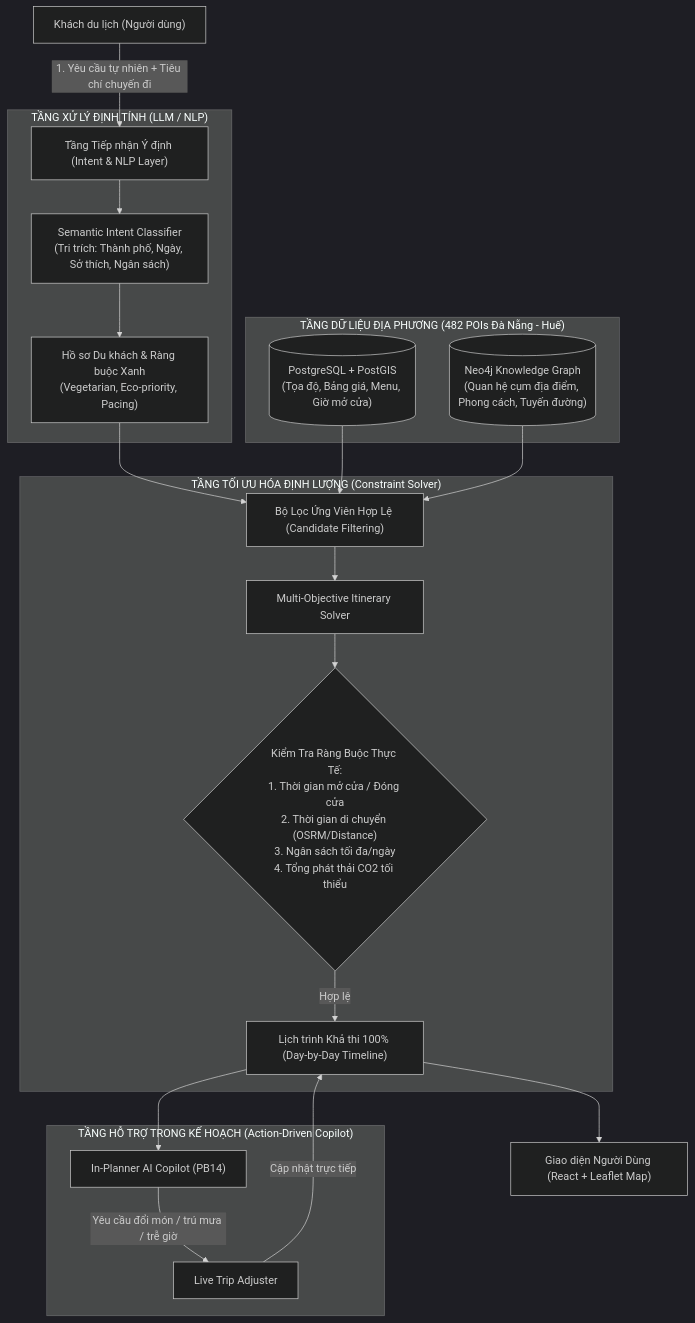
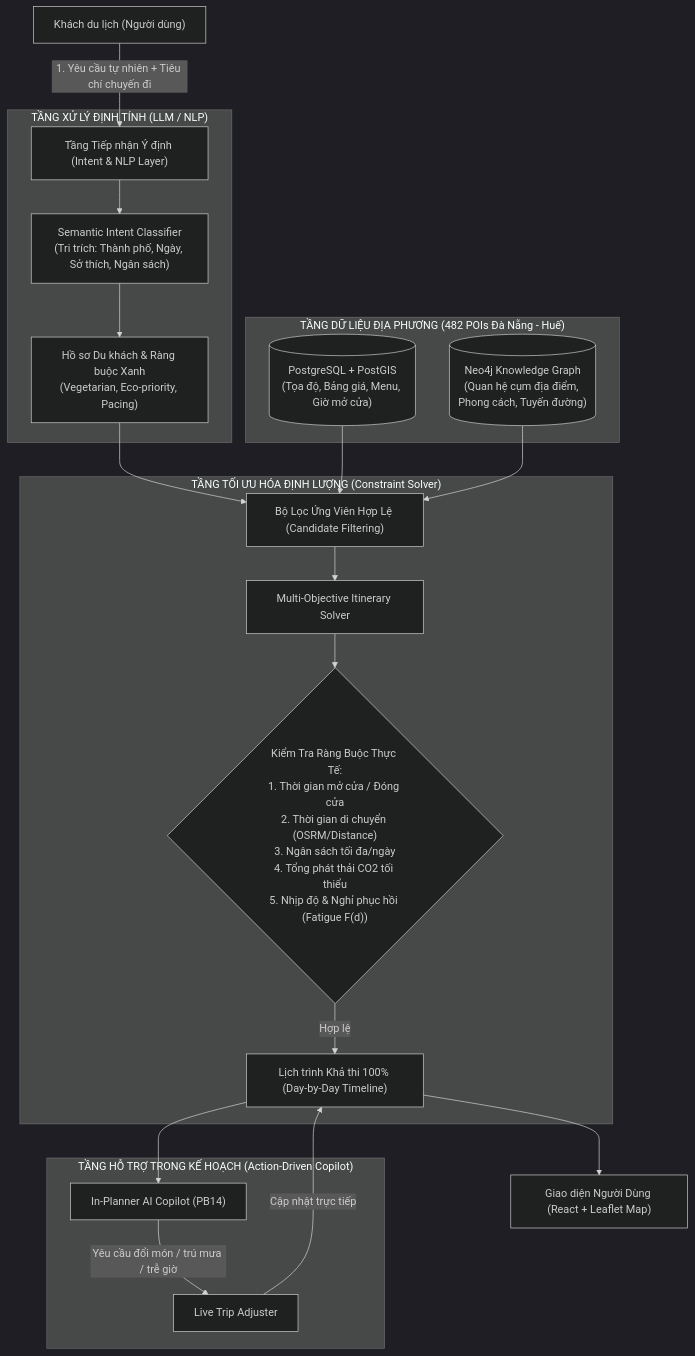
Before and after one commit to C1SE-44/GreenTrip-AI-Smart-Travel-Planner-for-Da-Nang-Hue-: the diagram in docs/COPILOT_AI_ADAPTATION_SPEC.md, drawn with Mermaid (dark theme). The commit also changed other lines of this file and 54 other files, not shown here.

First line of the commit message:
feat(#pb14): Nâng cấp trợ lý AI lập lịch trình, tối ưu đường đi xanh & cảnh báo giờ mở cửa (#29)

````diff
--- a/docs/COPILOT_AI_ADAPTATION_SPEC.md
+++ b/docs/COPILOT_AI_ADAPTATION_SPEC.md
@@ -60,32 +60,32 @@
 ```mermaid
 flowchart TD
     User["Khách du lịch (Người dùng)"] -->|1. Yêu cầu tự nhiên + Tiêu chí chuyến đi| IntentLayer["Tầng Tiếp nhận Ý định (Intent & NLP Layer)"]
     
     subgraph AI_QUALITATIVE ["TẦNG XỬ LÝ ĐỊNH TÍNH (LLM / NLP)"]
         IntentLayer --> SemanticParser["Semantic Intent Classifier<br/>(Tri trích: Thành phố, Ngày, Sở thích, Ngân sách)"]
         SemanticParser --> UserProfile["Hồ sơ Du khách & Ràng buộc Xanh<br/>(Vegetarian, Eco-priority, Pacing)"]
     end
 
     subgraph DATA_GROUNDING ["TẦNG DỮ LIỆU ĐỊA PHƯƠNG (482 POIs Đà Nẵng - Huế)"]
         PostgreSQL[("PostgreSQL + PostGIS<br/>(Tọa độ, Bảng giá, Menu, Giờ mở cửa)")]
         Neo4j[("Neo4j Knowledge Graph<br/>(Quan hệ cụm địa điểm, Phong cách, Tuyến đường)")]
     end
 
     UserProfile --> CandidateFilter["Bộ Lọc Ứng Viên Hợp Lệ (Candidate Filtering)"]
     PostgreSQL --> CandidateFilter
     Neo4j --> CandidateFilter
 
     subgraph QUANTITATIVE_SOLVER ["TẦNG TỐI ƯU HÓA ĐỊNH LƯỢNG (Constraint Solver)"]
         CandidateFilter --> Solver["Multi-Objective Itinerary Solver"]
-        Solver --> Constraints{"Kiểm Tra Ràng Buộc Thực Tế:<br/>1. Thời gian mở cửa / Đóng cửa<br/>2. Thời gian di chuyển (OSRM/Distance)<br/>3. Ngân sách tối đa/ngày<br/>4. Tổng phát thải CO2 tối thiểu"}
+        Solver --> Constraints{"Kiểm Tra Ràng Buộc Thực Tế:<br/>1. Thời gian mở cửa / Đóng cửa<br/>2. Thời gian di chuyển (OSRM/Distance)<br/>3. Ngân sách tối đa/ngày<br/>4. Tổng phát thải CO2 tối thiểu<br/>5. Nhịp độ & Nghỉ phục hồi (Fatigue F(d))"}
         Constraints -->|Hợp lệ| OptimizedSchedule["Lịch trình Khả thi 100% (Day-by-Day Timeline)"]
     end
 
     subgraph IN_PLANNER_COPILOT ["TẦNG HỖ TRỢ TRONG KẾ HOẠCH (Action-Driven Copilot)"]
         OptimizedSchedule --> Copilot["In-Planner AI Copilot (PB14)"]
         Copilot -->|Yêu cầu đổi món / trú mưa / trễ giờ| LiveAdjuster["Live Trip Adjuster"]
         LiveAdjuster -->|Cập nhật trực tiếp| OptimizedSchedule
     end
 
     OptimizedSchedule --> UI["Giao diện Người Dùng (React + Leaflet Map)"]
 ```
````
